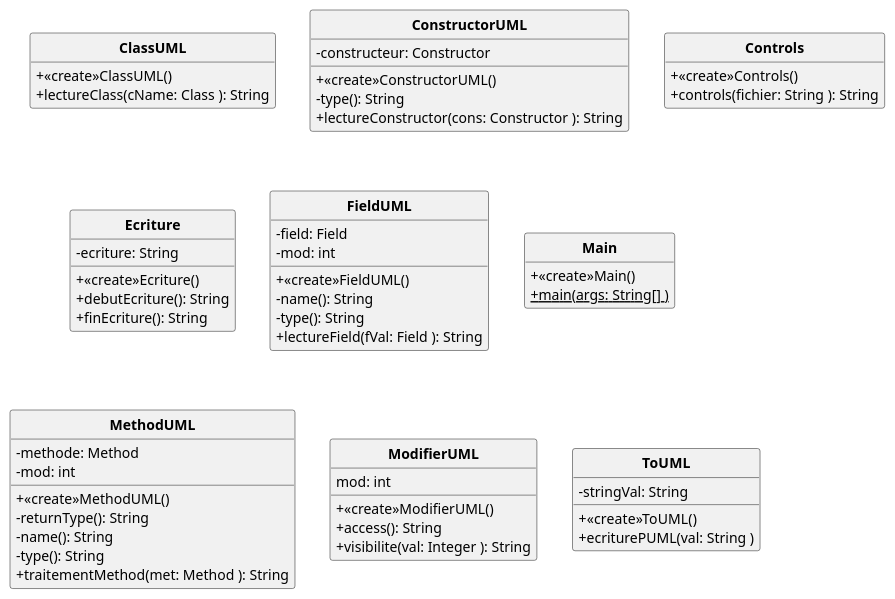
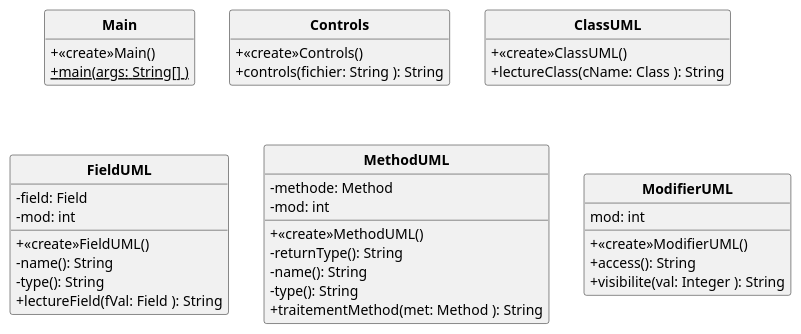
Before and after one commit to D3B1RUM4N/SAE_P21: the diagram in semaine5,5/uml/classUML.puml, drawn with PlantUML. The commit also changed 2 other files, not shown here.

```diff
--- a/semaine5,5/uml/classUML.puml
+++ b/semaine5,5/uml/classUML.puml
@@ -1,72 +1,52 @@
 @startuml
 
 'UML GENERE PAR CODE :)
 
 skinparam style strictuml
 skinparam classAttributeIconSize 0
 skinparam classFontStyle Bold
 hide empty members
 
-class ClassUML{
-+<<create>>ClassUML()
-+lectureClass(cName: Class ): String
-
-}
-class ConstructorUML{
--constructeur: Constructor
-+<<create>>ConstructorUML()
--type(): String
-+lectureConstructor(cons: Constructor ): String
+class Main{
++<<create>>Main()
++{static}main(args: String[] )
 
 }
 class Controls{
 +<<create>>Controls()
 +controls(fichier: String ): String
 
 }
-class Ecriture{
--ecriture: String
-+<<create>>Ecriture()
-+debutEcriture(): String
-+finEcriture(): String
+class ClassUML{
++<<create>>ClassUML()
++lectureClass(cName: Class ): String
 
 }
 class FieldUML{
 -field: Field
 -mod: int
 +<<create>>FieldUML()
 -name(): String
 -type(): String
 +lectureField(fVal: Field ): String
-
-}
-class Main{
-+<<create>>Main()
-+{static}main(args: String[] )
 
 }
 class MethodUML{
 -methode: Method
 -mod: int
 +<<create>>MethodUML()
 -returnType(): String
 -name(): String
 -type(): String
 +traitementMethod(met: Method ): String
 
 }
 class ModifierUML{
 mod: int
 +<<create>>ModifierUML()
 +access(): String
 +visibilite(val: Integer ): String
 
 }
-class ToUML{
--stringVal: String
-+<<create>>ToUML()
-+ecriturePUML(val: String )
-
-}
 
 @enduml
```
